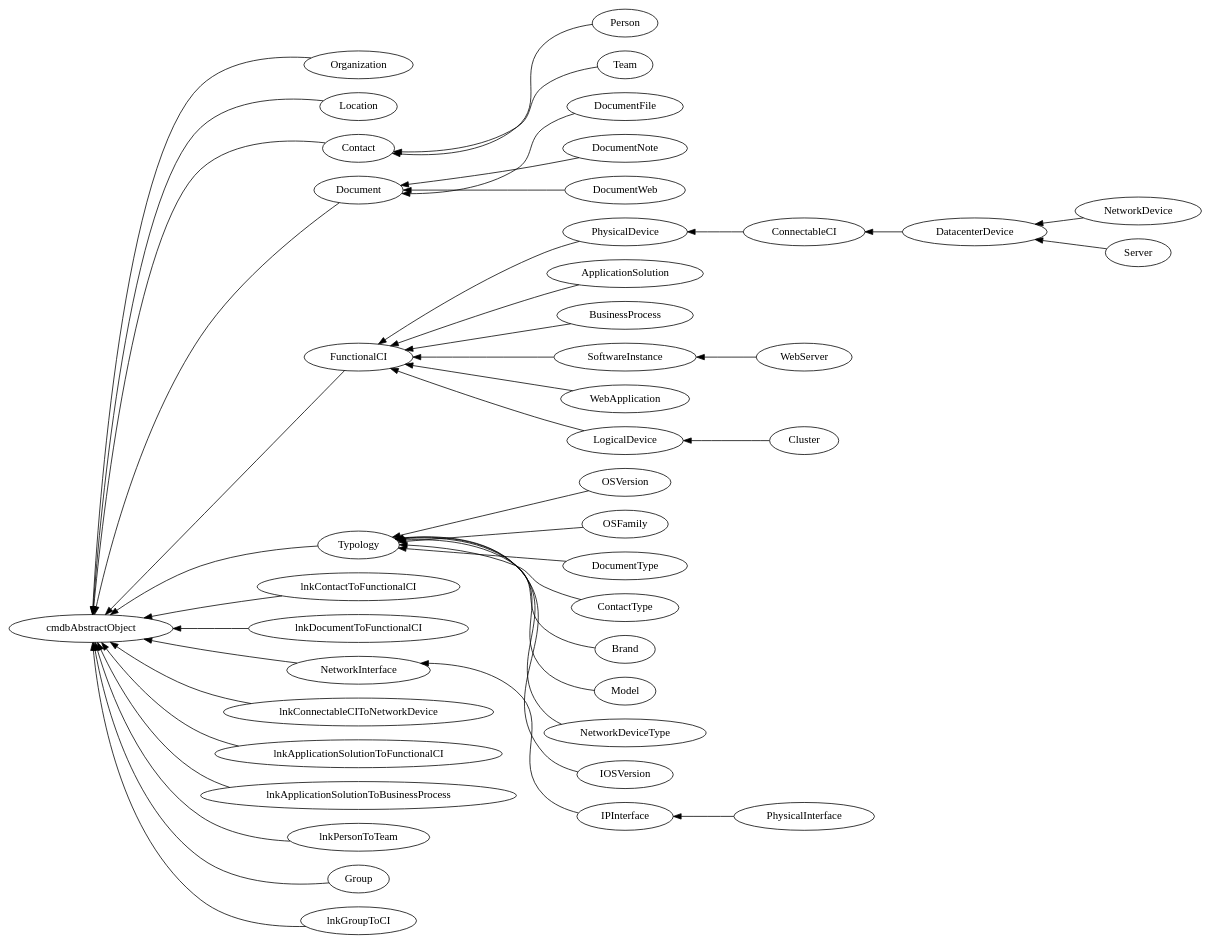
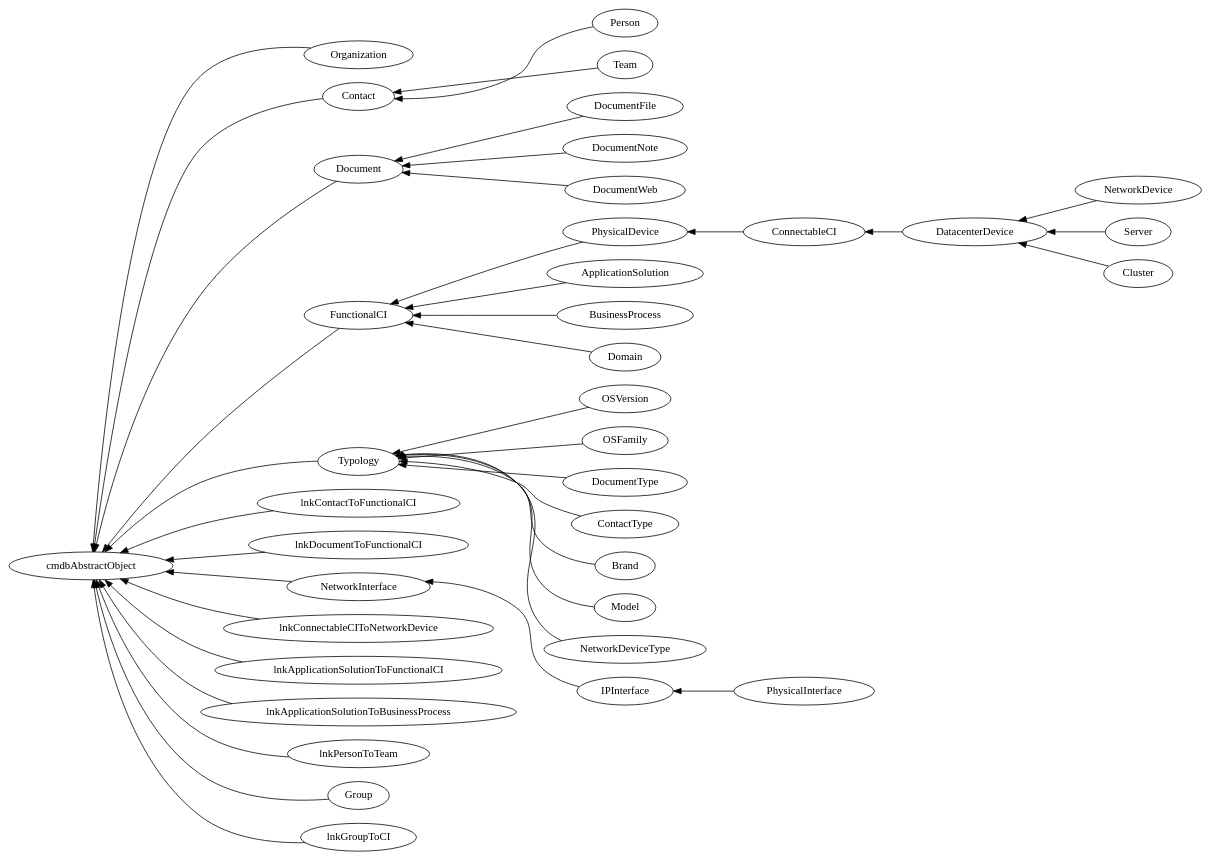
Before and after one commit to ops-itop/itop-extensions: the diagram in itop.dot, drawn with Graphviz. The commit also changed 10 other files, not shown here.

```diff
--- a/itop.dot
+++ b/itop.dot
@@ -1,45 +1,40 @@
 digraph G{
 rankdir=RL
 Organization->cmdbAbstractObject
-Location->cmdbAbstractObject
 Contact->cmdbAbstractObject
 Person->Contact
 Team->Contact
 Document->cmdbAbstractObject
 DocumentFile->Document
 DocumentNote->Document
 DocumentWeb->Document
 FunctionalCI->cmdbAbstractObject
 PhysicalDevice->FunctionalCI
 ConnectableCI->PhysicalDevice
 DatacenterDevice->ConnectableCI
 NetworkDevice->DatacenterDevice
 Server->DatacenterDevice
 ApplicationSolution->FunctionalCI
 BusinessProcess->FunctionalCI
-SoftwareInstance->FunctionalCI
-WebServer->SoftwareInstance
-WebApplication->FunctionalCI
 Typology->cmdbAbstractObject
 OSVersion->Typology
 OSFamily->Typology
 DocumentType->Typology
 ContactType->Typology
 Brand->Typology
 Model->Typology
 NetworkDeviceType->Typology
-IOSVersion->Typology
 lnkContactToFunctionalCI->cmdbAbstractObject
 lnkDocumentToFunctionalCI->cmdbAbstractObject
 NetworkInterface->cmdbAbstractObject
 IPInterface->NetworkInterface
 PhysicalInterface->IPInterface
 lnkConnectableCIToNetworkDevice->cmdbAbstractObject
 lnkApplicationSolutionToFunctionalCI->cmdbAbstractObject
 lnkApplicationSolutionToBusinessProcess->cmdbAbstractObject
 lnkPersonToTeam->cmdbAbstractObject
 Group->cmdbAbstractObject
 lnkGroupToCI->cmdbAbstractObject
-LogicalDevice->FunctionalCI
-Cluster->LogicalDevice
+Domain->FunctionalCI
+Cluster->DatacenterDevice
 }
```
